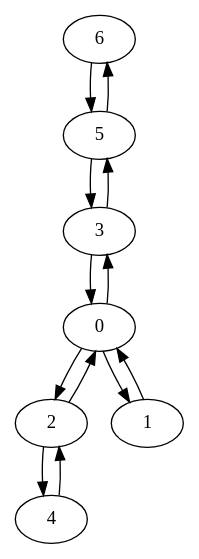
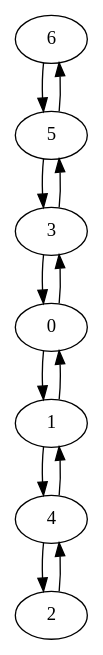
The diagram in algorithms/30-prims_algorithm/mob.dot (KennyBlanckaert/C-Playground), drawn with Graphviz before and after one commit. The commit also changed 2 other files, not shown here.

```diff
--- a/algorithms/30-prims_algorithm/mob.dot
+++ b/algorithms/30-prims_algorithm/mob.dot
@@ -1,21 +1,21 @@
 digraph {
 "6"[label="6"];
 "5"[label="5"];
 "4"[label="4"];
 "3"[label="3"];
 "2"[label="2"];
 "1"[label="1"];
 "0"[label="0"];
 "0" -> "1";
-"0" -> "2";
 "0" -> "3";
 "1" -> "0";
-"2" -> "0";
+"1" -> "4";
 "2" -> "4";
 "3" -> "0";
 "3" -> "5";
+"4" -> "1";
 "4" -> "2";
 "5" -> "3";
 "5" -> "6";
 "6" -> "5";
 }
```
